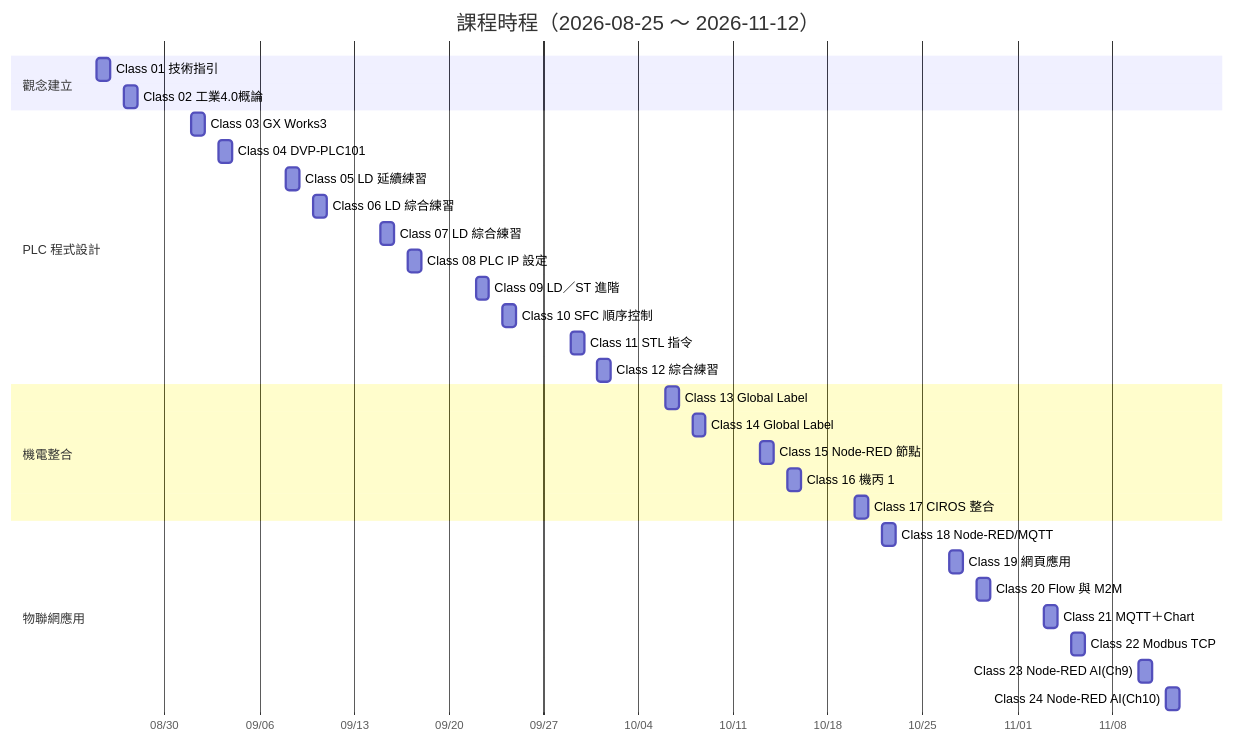
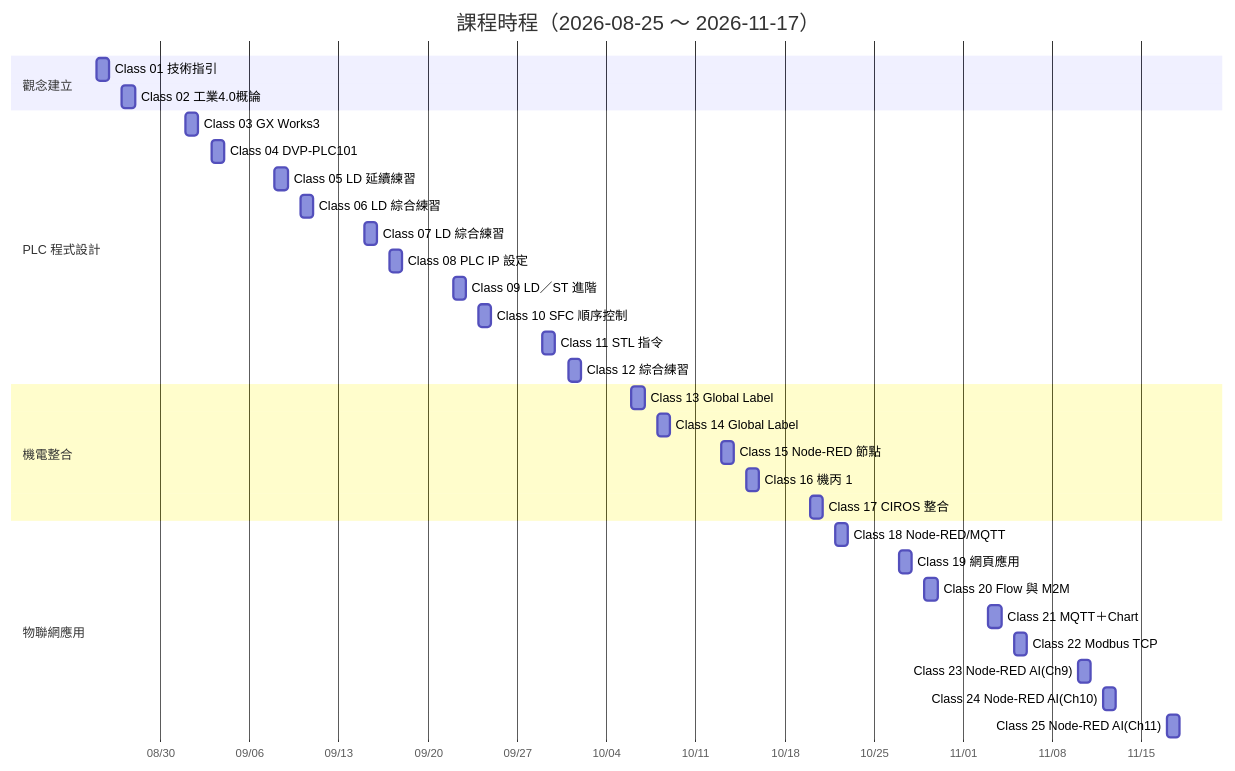
One commit to yd7148/INDUSTRY-4.0 changed the second of 3 diagrams in docs/COURSE-MAP.md. Above: the diagram before and after it, drawn with Mermaid. The commit also changed other lines of this file and 2 other files, not shown here.

Commit message:
Sync docs for Class-25 (25 classes, 26 videos, timeline legend)

````diff
--- a/docs/COURSE-MAP.md
+++ b/docs/COURSE-MAP.md
@@ -65,34 +69,35 @@
 ```mermaid
 gantt
-    title 課程時程（2026-08-25 ～ 2026-11-12）
+    title 課程時程（2026-08-25 ～ 2026-11-17）
     dateFormat YYYY-MM-DD
     axisFormat %m/%d
     section 觀念建立
     Class 01 技術指引        :c01, 2026-08-25, 1d
     Class 02 工業4.0概論      :c02, 2026-08-27, 1d
     section PLC 程式設計
     Class 03 GX Works3       :c03, 2026-09-01, 1d
     Class 04 DVP-PLC101      :c04, 2026-09-03, 1d
     Class 05 LD 延續練習      :c05, 2026-09-08, 1d
     Class 06 LD 綜合練習      :c06, 2026-09-10, 1d
     Class 07 LD 綜合練習      :c07, 2026-09-15, 1d
     Class 08 PLC IP 設定      :c08, 2026-09-17, 1d
     Class 09 LD／ST 進階      :c09, 2026-09-22, 1d
     Class 10 SFC 順序控制     :c10, 2026-09-24, 1d
     Class 11 STL 指令         :c11, 2026-09-29, 1d
     Class 12 綜合練習         :c12, 2026-10-01, 1d
     section 機電整合
     Class 13 Global Label    :c13, 2026-10-06, 1d
     Class 14 Global Label    :c14, 2026-10-08, 1d
     Class 15 Node-RED 節點    :c15, 2026-10-13, 1d
     Class 16 機丙 1           :c16, 2026-10-15, 1d
     Class 17 CIROS 整合       :c17, 2026-10-20, 1d
     section 物聯網應用
     Class 18 Node-RED/MQTT   :c18, 2026-10-22, 1d
     Class 19 網頁應用         :c19, 2026-10-27, 1d
     Class 20 Flow 與 M2M      :c20, 2026-10-29, 1d
     Class 21 MQTT＋Chart     :c21, 2026-11-03, 1d
     Class 22 Modbus TCP      :c22, 2026-11-05, 1d
     Class 23 Node-RED AI(Ch9) :c23, 2026-11-10, 1d
     Class 24 Node-RED AI(Ch10):c24, 2026-11-12, 1d
+    Class 25 Node-RED AI(Ch11):c25, 2026-11-17, 1d
 ```
````
